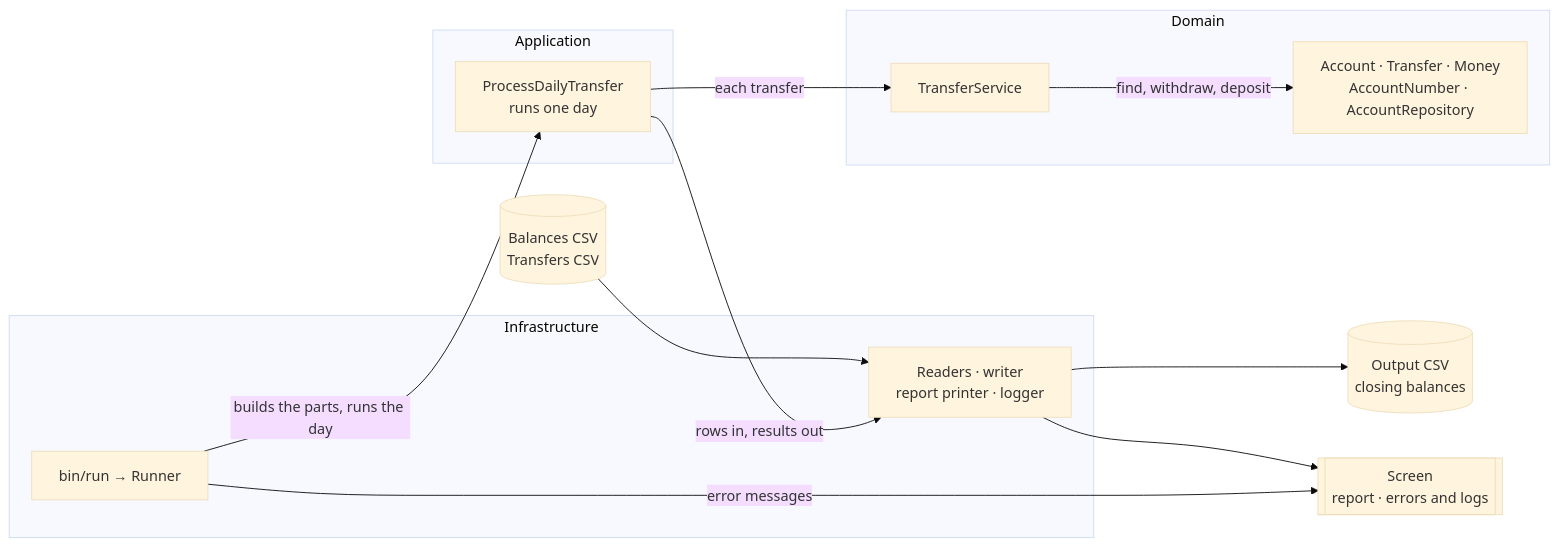
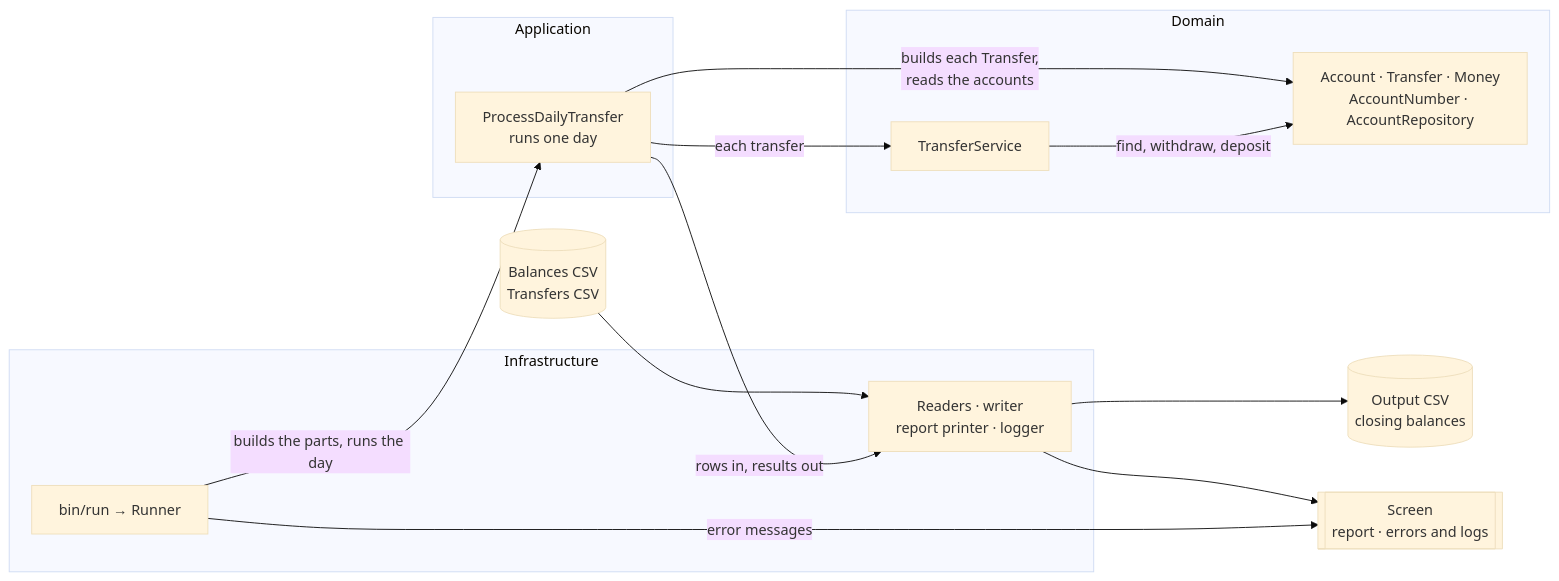
Before and after one commit to hetal-patel78/mable-backend-code-challenge: the first of 5 diagrams in docs/solution-design/05-high-level-design.md, drawn with Mermaid (base theme). The commit also changed other lines of this file, not shown here.

````diff
--- a/docs/solution-design/05-high-level-design.md
+++ b/docs/solution-design/05-high-level-design.md
@@ -11,29 +11,30 @@
 ```mermaid
 flowchart LR
     In[("Balances CSV<br/>Transfers CSV")]
     Out[("Output CSV<br/>closing balances")]
     Screen[["Screen<br/>report · errors and logs"]]
 
     subgraph infra["Infrastructure"]
         Run["bin/run → Runner"]
         IO["Readers · writer<br/>report printer · logger"]
     end
 
     subgraph app["Application"]
         PDT["ProcessDailyTransfer<br/>runs one day"]
     end
 
     subgraph dom["Domain"]
         TS["TransferService"]
         Models["Account · Transfer · Money<br/>AccountNumber · AccountRepository"]
     end
 
     Run -- "builds the parts, runs the day" --> PDT
     In --> IO
     PDT -- "rows in, results out" --> IO
     IO --> Out
     IO --> Screen
     Run -- "error messages" --> Screen
     PDT -- "each transfer" --> TS
+    PDT -- "builds each Transfer,<br/>reads the accounts" --> Models
     TS -- "find, withdraw, deposit" --> Models
 ```
````
